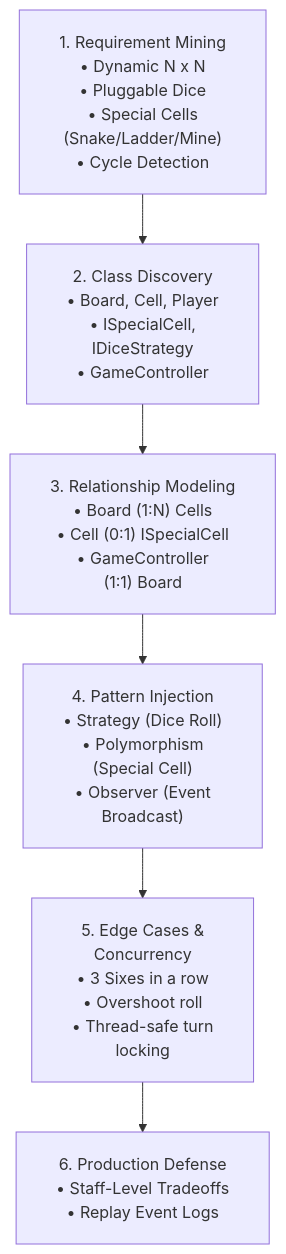
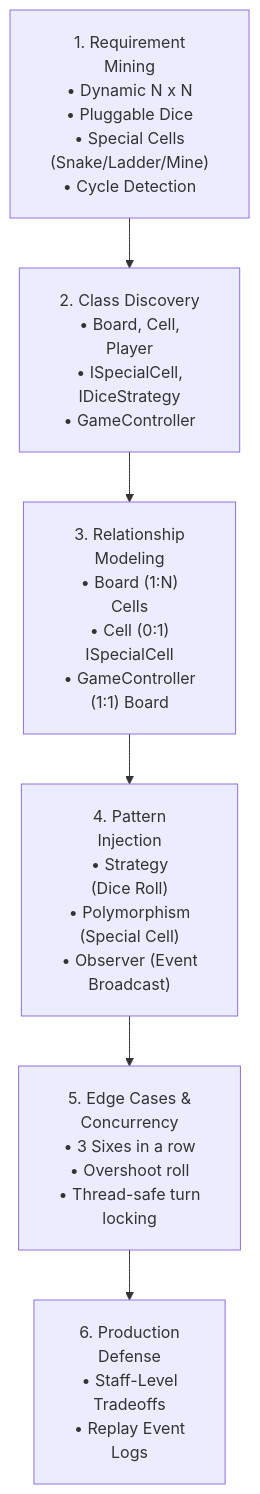
Before and after one commit to dip4k/DSA_102: the first of 2 diagrams in LLD/02_Tier2_Classic_LLD/23_Snake_and_Ladder.md, drawn with Mermaid. The commit also changed 106 other files, not shown here.

First line of the commit message:
fix(mermaid): prevent text clipping with foreignObject overflow and tighter line wrapping

````diff
--- a/LLD/02_Tier2_Classic_LLD/23_Snake_and_Ladder.md
+++ b/LLD/02_Tier2_Classic_LLD/23_Snake_and_Ladder.md
@@ -55,9 +55,9 @@
 ```mermaid
-%%{init: {"flowchart": {"htmlLabels": true, "padding": 20}}}%%
+%%{init: {"flowchart": {"htmlLabels": true, "padding": 20}, "themeCSS": "foreignObject { overflow: visible !important; }"}}%%
 flowchart TD
-    A["1. Requirement Mining<br/>• Dynamic N x N<br/>• Pluggable Dice<br/>• Special Cells<br/>(Snake/Ladder/Mine)<br/>• Cycle Detection"] --> B["2. Class Discovery<br/>• Board, Cell, Player<br/>• ISpecialCell,<br/>IDiceStrategy<br/>• GameController"]
-    B --> C["3. Relationship Modeling<br/>• Board (1:N) Cells<br/>• Cell (0:1) ISpecialCell<br/>• GameController<br/>(1:1) Board"]
-    C --> D["4. Pattern Injection<br/>• Strategy (Dice Roll)<br/>• Polymorphism<br/>(Special Cell)<br/>• Observer (Event<br/>Broadcast)"]
+    A["1. Requirement<br/>Mining<br/>• Dynamic N x N<br/>• Pluggable Dice<br/>• Special Cells<br/>(Snake/Ladder/Mine)<br/>• Cycle Detection"] --> B["2. Class Discovery<br/>• Board, Cell,<br/>Player<br/>• ISpecialCell,<br/>IDiceStrategy<br/>• GameController"]
+    B --> C["3. Relationship<br/>Modeling<br/>• Board (1:N)<br/>Cells<br/>• Cell (0:1)<br/>ISpecialCell<br/>• GameController<br/>(1:1) Board"]
+    C --> D["4. Pattern<br/>Injection<br/>• Strategy<br/>(Dice Roll)<br/>• Polymorphism<br/>(Special Cell)<br/>• Observer (Event<br/>Broadcast)"]
     D --> E["5. Edge Cases &<br/>Concurrency<br/>• 3 Sixes in a row<br/>• Overshoot roll<br/>• Thread-safe turn<br/>locking"]
-    E --> F["6. Production Defense<br/>• Staff-Level Tradeoffs<br/>• Replay Event Logs"]
+    E --> F["6. Production<br/>Defense<br/>• Staff-Level<br/>Tradeoffs<br/>• Replay Event<br/>Logs"]
 ```
````
